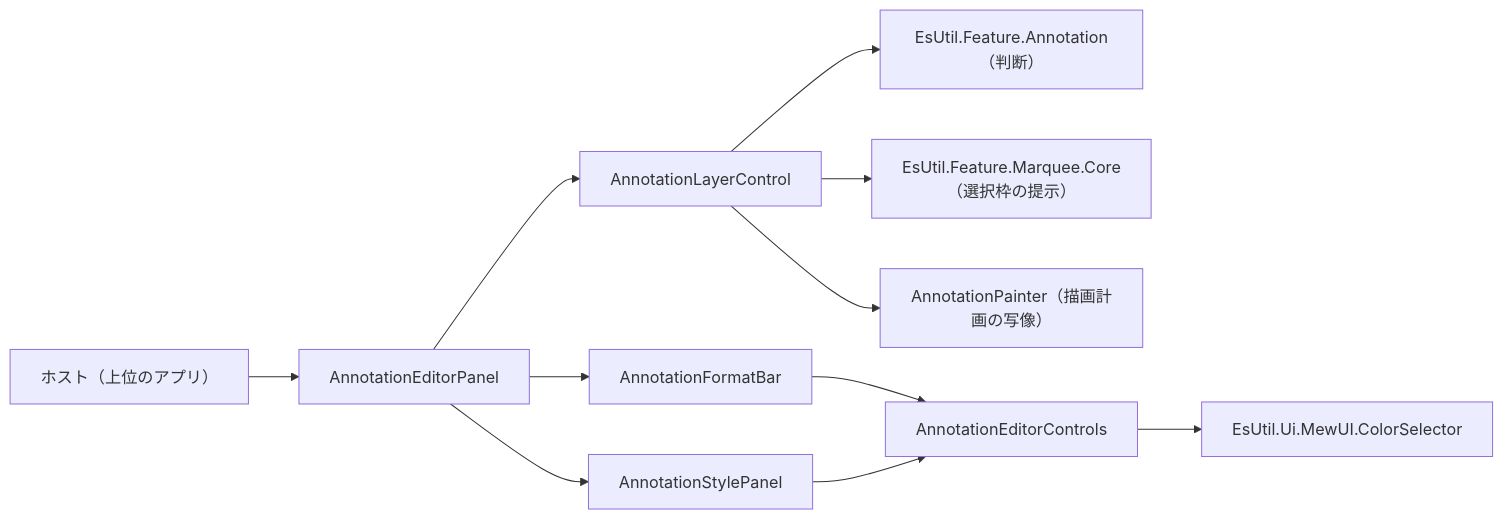
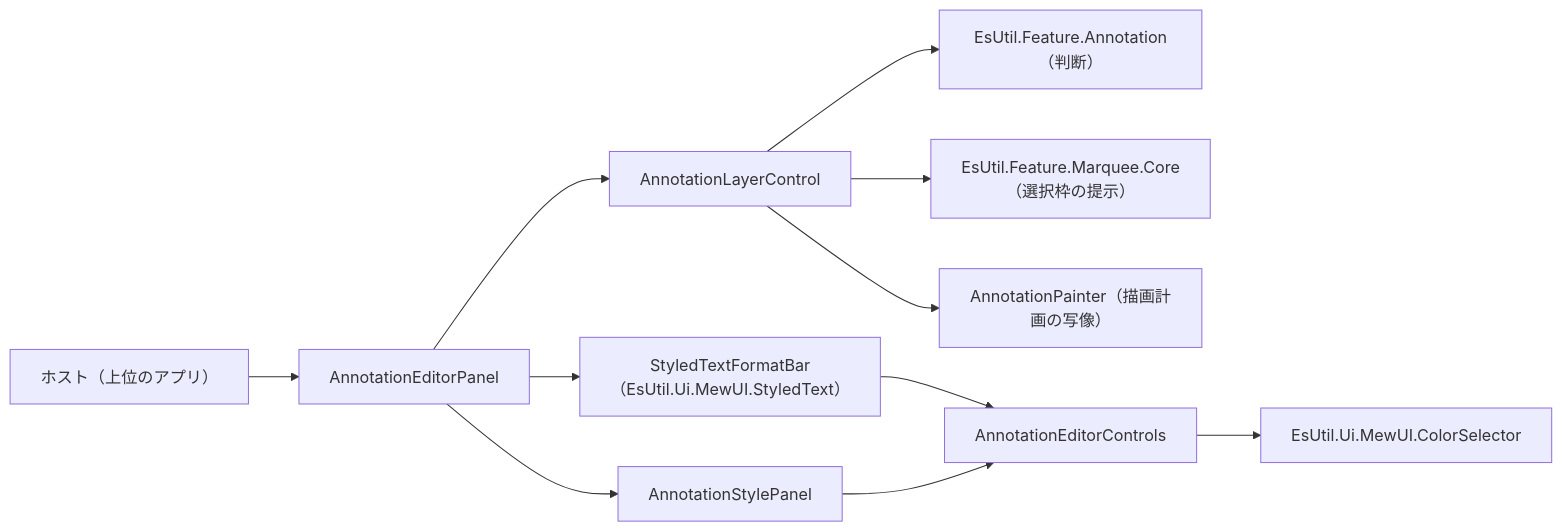
Before and after one commit to tomokuni/EsUtil: the diagram in EsUtil.Ui.MewUI/Annotation/docs/SPEC_System.md, drawn with Mermaid. The commit also changed other lines of this file and 71 other files, not shown here.

````diff
--- a/EsUtil.Ui.MewUI/Annotation/docs/SPEC_System.md
+++ b/EsUtil.Ui.MewUI/Annotation/docs/SPEC_System.md
@@ -38,13 +38,13 @@
 ```mermaid
 flowchart LR
     Host["ホスト（上位のアプリ）"] --> Editor["AnnotationEditorPanel"]
     Editor --> Layer["AnnotationLayerControl"]
-    Editor --> Bar["AnnotationFormatBar"]
+    Editor --> Bar["StyledTextFormatBar（EsUtil.Ui.MewUI.StyledText）"]
     Editor --> Panel["AnnotationStylePanel"]
     Layer --> Core["EsUtil.Feature.Annotation（判断）"]
     Layer --> Marquee["EsUtil.Feature.Marquee.Core（選択枠の提示）"]
     Layer --> Painter["AnnotationPainter（描画計画の写像）"]
     Bar --> Controls["AnnotationEditorControls"]
     Panel --> Controls
     Controls --> Selector["EsUtil.Ui.MewUI.ColorSelector"]
 ```
````
